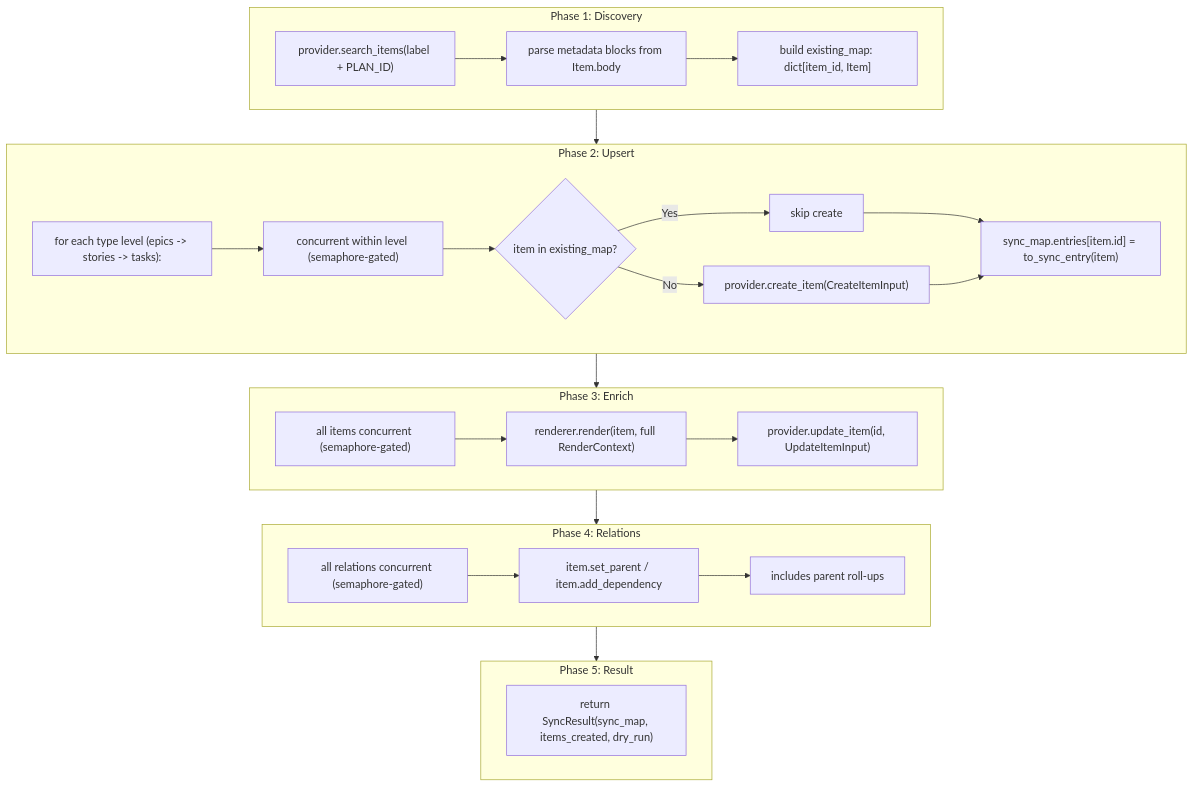
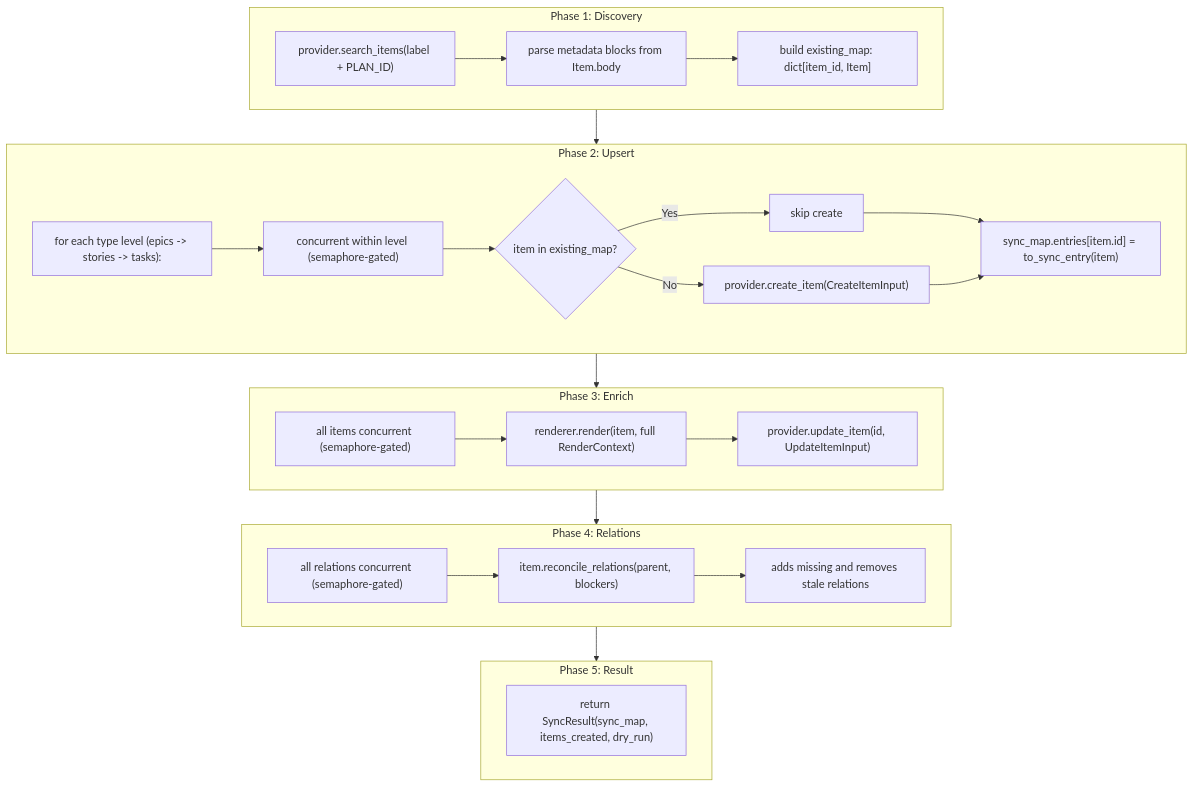
One commit to aryeko/planpilot changed the first of 2 diagrams in docs/design/engine.md. Above: the diagram before and after it, drawn with Mermaid. The commit also changed other lines of this file and 63 other files, not shown here.

First line of the commit message:
fix: reconcile relations, harden workflows, and tighten docs governance (#76)

````diff
--- a/docs/design/engine.md
+++ b/docs/design/engine.md
@@ -44,41 +44,41 @@
 ```mermaid
 flowchart TB
     subgraph Discovery["Phase 1: Discovery"]
         D1["provider.search_items(label + PLAN_ID)"]
         D2["parse metadata blocks from Item.body"]
         D3["build existing_map: dict[item_id, Item]"]
         D1 --> D2 --> D3
     end
 
     subgraph Upsert["Phase 2: Upsert"]
         U1["for each type level (epics -> stories -> tasks):"]
         U2["concurrent within level (semaphore-gated)"]
         U3{"item in existing_map?"}
         U4["skip create"]
         U5["provider.create_item(CreateItemInput)"]
         U6["sync_map.entries[item.id] = to_sync_entry(item)"]
         U1 --> U2 --> U3
         U3 -- Yes --> U4 --> U6
         U3 -- No --> U5 --> U6
     end
 
     subgraph Enrich["Phase 3: Enrich"]
         E1["all items concurrent (semaphore-gated)"]
         E2["renderer.render(item, full RenderContext)"]
         E3["provider.update_item(id, UpdateItemInput)"]
         E1 --> E2 --> E3
     end
 
     subgraph Relations["Phase 4: Relations"]
         R1["all relations concurrent (semaphore-gated)"]
-        R2["item.set_parent / item.add_dependency"]
-        R3["includes parent roll-ups"]
+        R2["item.reconcile_relations(parent, blockers)"]
+        R3["adds missing and removes stale relations"]
         R1 --> R2 --> R3
     end
 
     subgraph Result["Phase 5: Result"]
         RT["return SyncResult(sync_map, items_created, dry_run)"]
     end
 
     Discovery --> Upsert --> Enrich --> Relations --> Result
 ```
````
